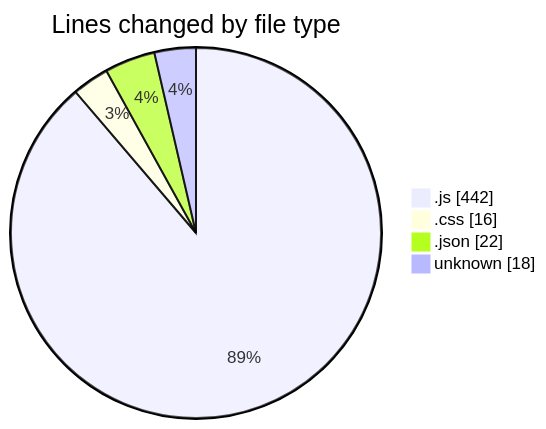
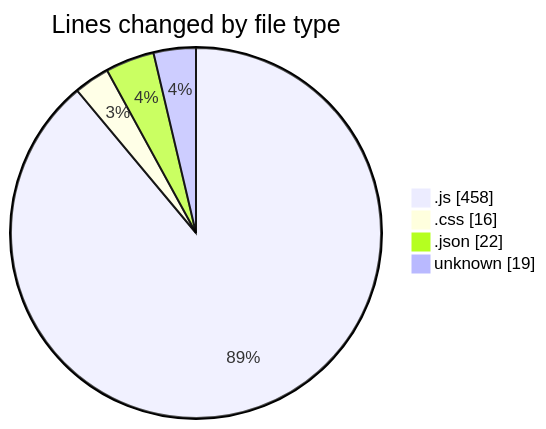
Before and after one commit to lephambinh05/code-tracking: the first of 2 diagrams in 2025-09-17/quytuthien_vn/README.md, drawn with Mermaid. The commit also changed other lines of this file and 1 other file, not shown here.

````diff
--- a/2025-09-17/quytuthien_vn/README.md
+++ b/2025-09-17/quytuthien_vn/README.md
@@ -30,8 +30,8 @@
 ```mermaid
 pie showData
 title Lines changed by file type
-".js" : 442
+".js" : 458
 ".css" : 16
 ".json" : 22
-"unknown" : 18
+"unknown" : 19
 ```
````
